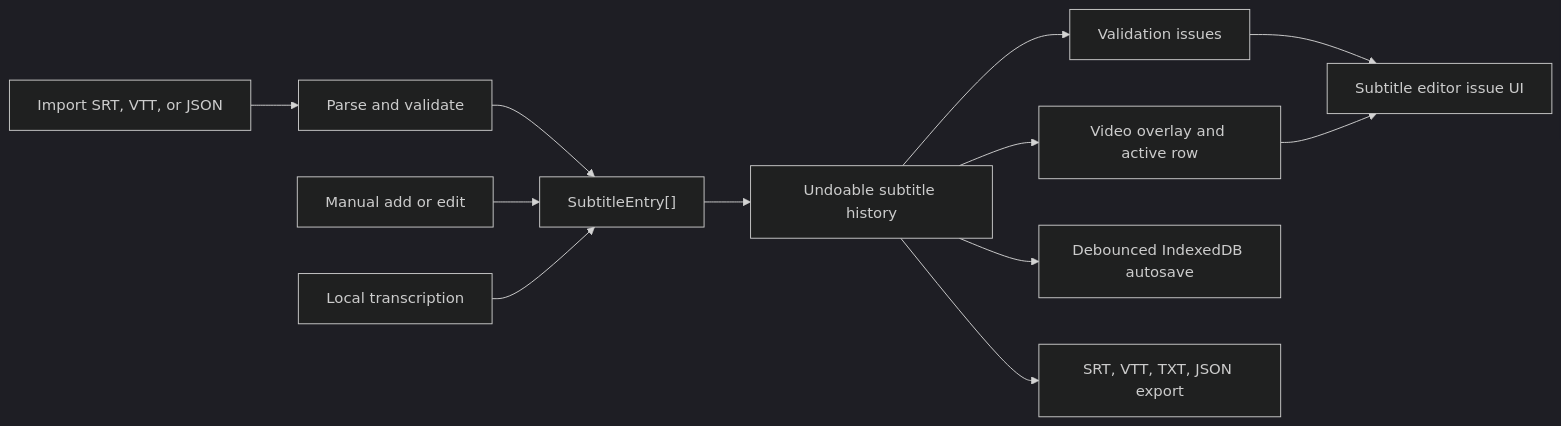
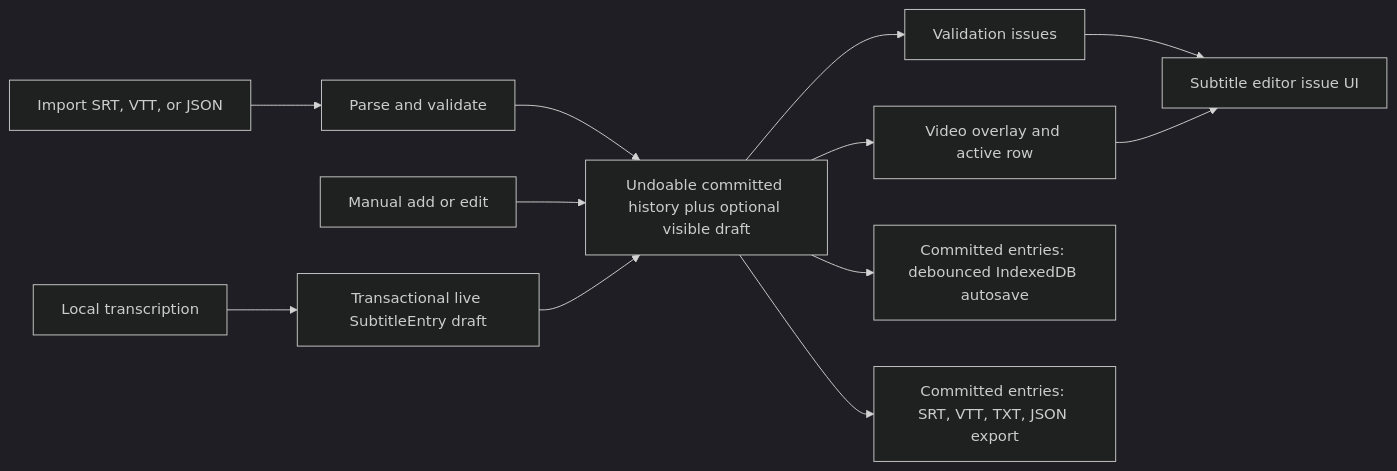
The fourth of 18 diagrams in docs/project-state.md (zxyandreay/auto-subtitle), drawn with Mermaid (dark theme) before and after one commit. The commit also changed other lines of this file and 38 other files, not shown here.

Commit message:
feat: improve local subtitle generation pipeline

````diff
--- a/docs/project-state.md
+++ b/docs/project-state.md
@@ -290,16 +296,15 @@
 ```mermaid
 flowchart LR
     Import["Import SRT, VTT, or JSON"] --> Parse["Parse and validate"]
-    Parse --> Entries["SubtitleEntry[]"]
-    Manual["Manual add or edit"] --> Entries
-    Transcription["Local transcription"] --> Entries
-
-    Entries --> History["Undoable subtitle history"]
+    Parse --> History["Undoable committed history plus optional visible draft"]
+    Manual["Manual add or edit"] --> History
+    Transcription["Local transcription"] --> Draft["Transactional live SubtitleEntry draft"]
+    Draft --> History
     History --> Validation["Validation issues"]
     History --> Preview["Video overlay and active row"]
-    History --> Autosave["Debounced IndexedDB autosave"]
-    History --> Export["SRT, VTT, TXT, JSON export"]
+    History --> Autosave["Committed entries: debounced IndexedDB autosave"]
+    History --> Export["Committed entries: SRT, VTT, TXT, JSON export"]
 
     Validation --> Editor["Subtitle editor issue UI"]
     Preview --> Editor
 ```
````
